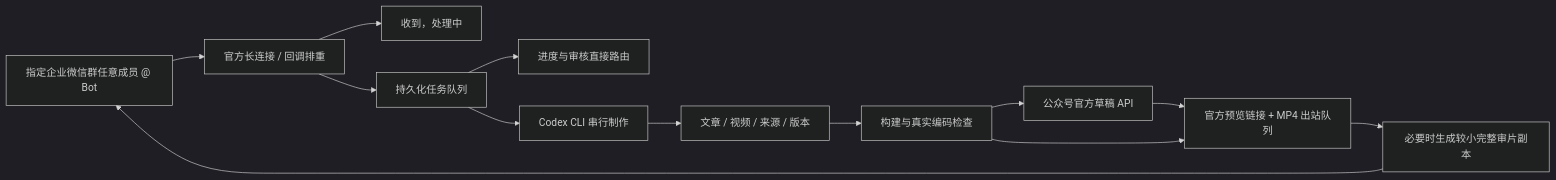
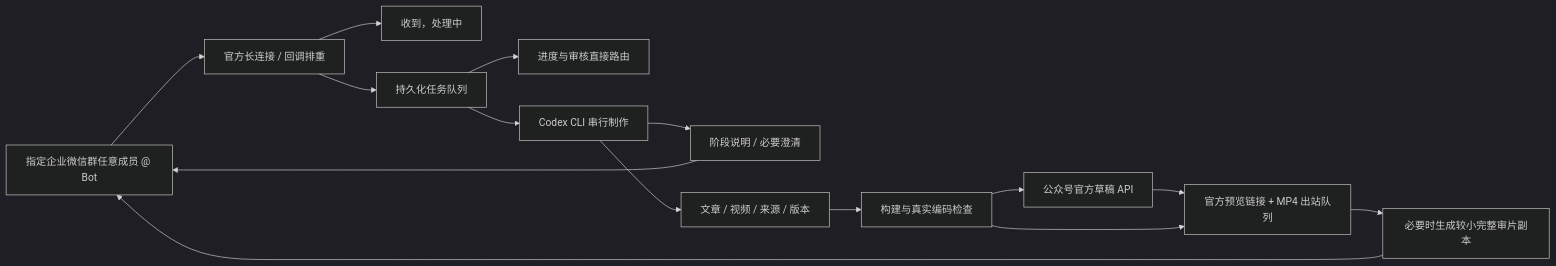
Before and after one commit to hreyulog/wechat-editorial: the diagram in docs/WORKFLOW.md, drawn with Mermaid (dark theme). The commit also changed other lines of this file and 5 other files, not shown here.

````diff
--- a/docs/WORKFLOW.md
+++ b/docs/WORKFLOW.md
@@ -3,15 +3,17 @@
 ```mermaid
 flowchart LR
   G[指定企业微信群任意成员 @ Bot] --> W[官方长连接 / 回调排重]
   W --> A[收到，处理中]
   W --> Q[持久化任务队列]
   Q --> R[进度与审核直接路由]
   Q --> C[Codex CLI 串行制作]
+  C --> P[阶段说明 / 必要澄清]
+  P --> G
   C --> S[文章 / 视频 / 来源 / 版本]
   S --> QA[构建与真实编码检查]
   QA --> D[公众号官方草稿 API]
   D --> O[官方预览链接 + MP4 出站队列]
   QA --> O
   O --> T[必要时生成较小完整审片副本]
   T --> G
 ```
````
